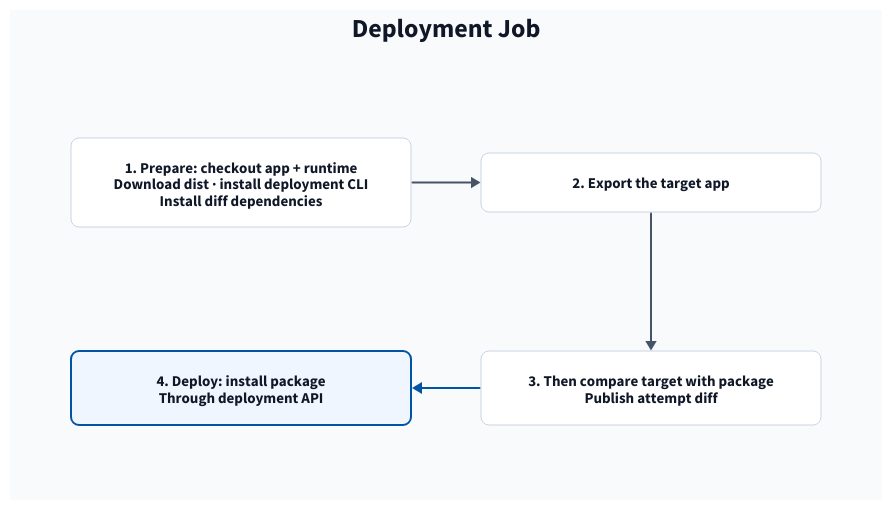
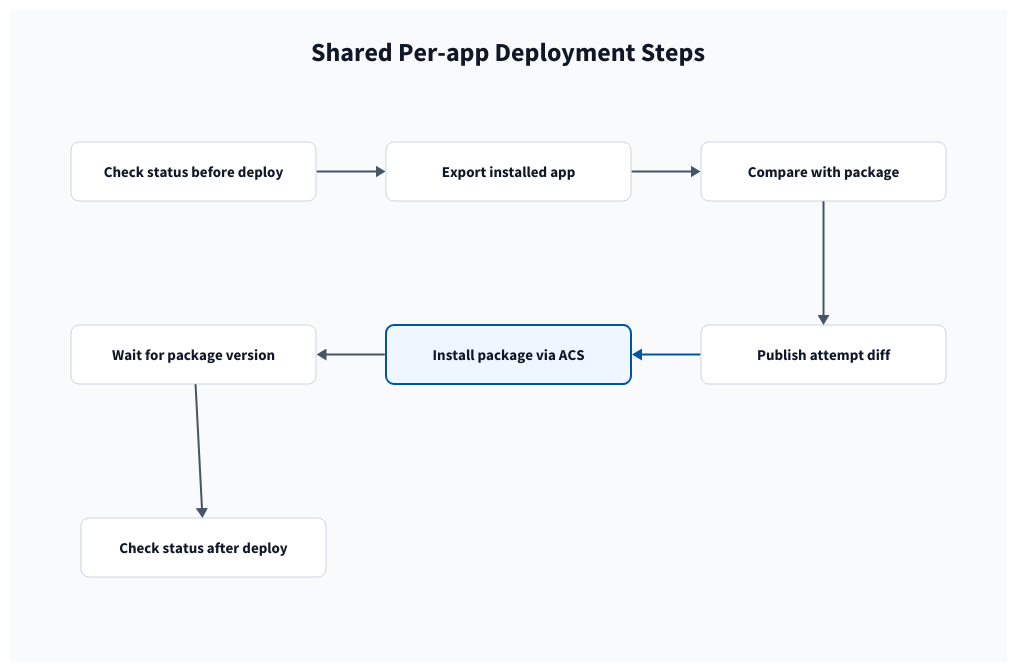
Before and after one commit to dryvist/azure-pipelines-splunk-apps: the diagram in wiki/diagrams/deployment-job.d2, drawn with D2. The commit also changed 96 other files, not shown here.

First line of the commit message:
docs: wiki hierarchy pages and updated rendered diagrams

```diff
--- a/wiki/diagrams/deployment-job.d2
+++ b/wiki/diagrams/deployment-job.d2
@@ -1,87 +1,104 @@
 vars: {
   canvas: "#F8FAFC"
   surface: "#FFFFFF"
   boundary-surface: "#F1F5F9"
   text: "#101828"
   muted: "#475467"
   border: "#CBD5E1"
   accent: "#0054A3"
   accent-surface: "#EFF6FF"
   warm: "#B54708"
   warm-surface: "#FFF7ED"
   d2-config: {theme-id: 0; layout-engine: elk; pad: 32; sketch: false}
 }
 style.fill: ${canvas}
 
 classes: {
   title: {shape: text; style: {font-color: ${text}; font-size: 26; bold: true}}
   subtitle: {shape: text; style: {font-color: ${muted}; font-size: 15}}
   columns: {style: {fill: transparent; stroke: transparent}}
   boundary: {
     style: {
       fill: ${boundary-surface}
       stroke: ${border}
       font-color: ${text}
       font-size: 20
       stroke-width: 1
       border-radius: 8
     }
   }
   group: {
     style: {
       fill: ${surface}
       stroke: ${border}
       font-color: ${muted}
       font-size: 16
       stroke-width: 1
       border-radius: 8
     }
   }
   card: {
     width: 250
     style: {
       fill: ${surface}
       stroke: ${border}
       font-color: ${text}
       font-size: 15
       stroke-width: 1
       border-radius: 8
     }
   }
   card-2: {width: 505}
   card-3: {width: 330}
   emphasis: {style: {fill: ${accent-surface}; stroke: ${accent}; stroke-width: 2}}
   exception: {style: {fill: ${warm-surface}; stroke: ${warm}; stroke-width: 2}}
   ghost: {style: {fill: transparent; stroke: ${muted}; stroke-dash: 5; font-color: ${muted}}}
   caption: {shape: text; style: {font-color: ${muted}; font-size: 15}}
   link: {style: {stroke: ${muted}; stroke-width: 2; font-color: ${muted}; font-size: 14}}
   link-emphasis: {style: {stroke: ${accent}; stroke-width: 2; font-color: ${muted}; font-size: 14}}
   link-exception: {style: {stroke: ${warm}; stroke-width: 2; font-color: ${muted}; font-size: 14}}
   link-planned: {style: {stroke: ${muted}; stroke-width: 2; stroke-dash: 5; font-color: ${muted}; font-size: 14}}
 }
 
 
-title: "Deployment Job" {class: title; near: top-center}
 
 page: "" {
   class: columns
   grid-columns: 1
   grid-gap: 10
+  title_row: "" {
+    class: columns
+    grid-columns: 3
+    grid-gap: 0
+    pad_left: "." {shape: text; width: 290; style.opacity: 0}
+    title: "Shared Per-app Deployment Steps" {class: title}
+    pad_right: "." {shape: text; width: 290; style.opacity: 0}
+  }
   vertical-gap: 24
 
   first: "" {
     class: columns
     direction: right
-    prepare: "1. Prepare: checkout app + runtime\nDownload dist · install deployment CLI\nInstall diff dependencies" {class: card; width: 340}
-    export: "2. Export the target app" {class: card; width: 340}
-    prepare -> export: {class: link}
+    before: "Check status before deploy" {class: card; width: 245}
+    export: "Export installed app" {class: card; width: 245}
+    compare: "Compare with package" {class: card; width: 245}
+    before -> export: {class: link}
+    export -> compare: {class: link}
   }
   second: "" {
     class: columns
     direction: left
-    compare: "3. Then compare target with package\nPublish attempt diff" {class: card; width: 340}
-    deploy: "4. Deploy: install package\nThrough deployment API" {class: [card; emphasis]; width: 340}
-    compare -> deploy: {class: link-emphasis}
+    wait: "Wait for package version" {class: card; width: 245}
+    install: "Install package via ACS" {class: [card; emphasis]; width: 245}
+    artifact: "Publish attempt diff" {class: card; width: 245}
+    artifact -> install: {class: link-emphasis}
+    install -> wait: {class: link}
   }
-  first.export -> second.compare: {class: link}
+  finish: "" {
+    class: columns
+    grid-columns: 1
+    after: "Check status after deploy" {class: card; width: 245}
+  }
+  first.compare -> second.artifact: {class: link}
+  second.wait -> finish.after: {class: link}
 }
```
